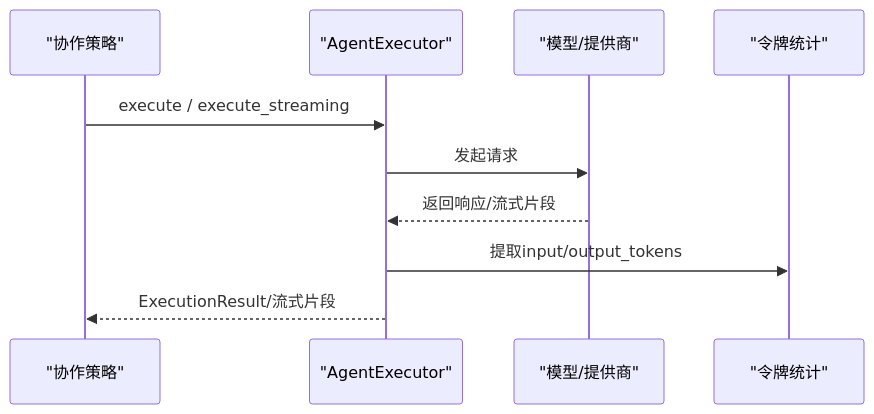
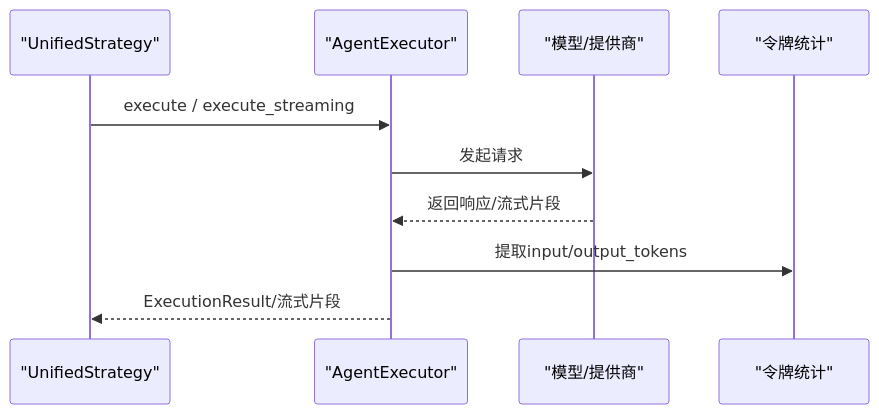
Before and after one commit to KunLabAI/KunFlix: the sixth of 8 diagrams in .qoder/repowiki/zh/content/后端服务架构/业务服务层/智能体执行服务/动态编排器.md, drawn with Mermaid. The commit also changed other lines of this file and 9 other files, not shown here.

````diff
--- a/.qoder/repowiki/zh/content/后端服务架构/业务服务层/智能体执行服务/动态编排器.md
+++ b/.qoder/repowiki/zh/content/后端服务架构/业务服务层/智能体执行服务/动态编排器.md
@@ -249,12 +303,12 @@
 ```mermaid
 sequenceDiagram
-participant S as "协作策略"
+participant U as "UnifiedStrategy"
 participant E as "AgentExecutor"
 participant M as "模型/提供商"
 participant T as "令牌统计"
-S->>E : execute / execute_streaming
+U->>E : execute / execute_streaming
 E->>M : 发起请求
 M-->>E : 返回响应/流式片段
 E->>T : 提取input/output_tokens
-E-->>S : ExecutionResult/流式片段
+E-->>U : ExecutionResult/流式片段
 ```
````
